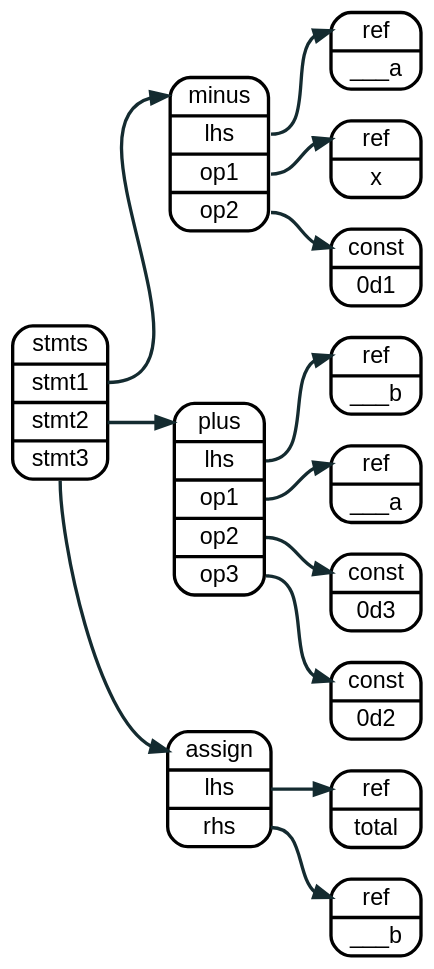
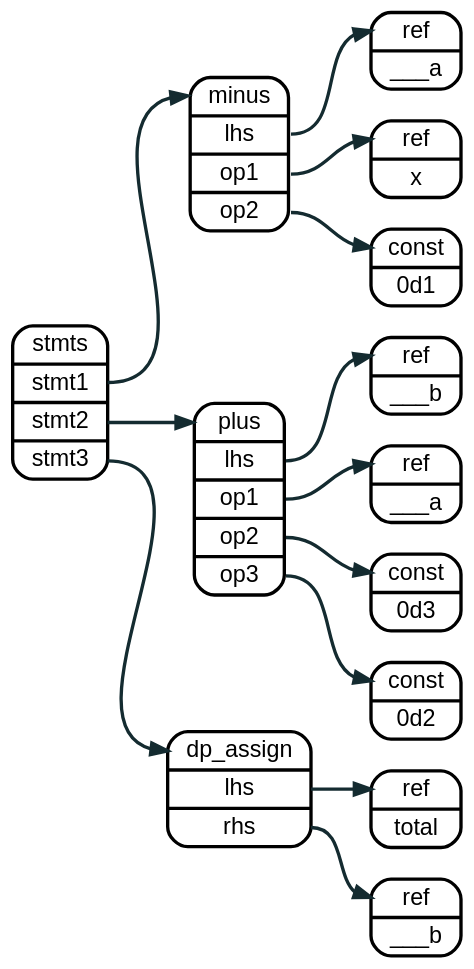
Before and after one commit to sakshi15108/lnast-doc: the diagram in source/graphviz/assign_simple_expression.dot, drawn with Graphviz. The commit also changed 3 other files, not shown here.

```diff
--- a/source/graphviz/assign_simple_expression.dot
+++ b/source/graphviz/assign_simple_expression.dot
@@ -1,42 +1,42 @@
 digraph assign {
   rankdir=LR
   bgcolor="transparent"
 
   node  [fontname = "helvetica", shape=record, style="rounded", penwidth = 2];
   edge  [fontname = "helvetica", color="#142b30", arrowhead="normal", penwidth = 2];
   graph [fontname = "helvetica"];
 
 
   nodea0 [label = "<a> minus | <l> lhs  | <r1> op1 | <r2> op2 "];
   nodea1 [label = "<a> ref   | <l> ___a"];
   nodea2 [label = "<a> ref   | <l> x"];
   nodea3 [label = "<a> const | <l> 0d1"];
 
   nodeb0 [label = "<a> plus | <l> lhs  | <r1> op1 | <r2> op2 | <r3> op3 "];
   nodeb1 [label = "<a> ref   | <l> ___b"];
   nodeb2 [label = "<a> ref   | <l> ___a"];
   nodeb3 [label = "<a> const | <l> 0d3"];
   nodeb4 [label = "<a> const | <l> 0d2"];
 
-  node5 [label = "<a> assign | <l> lhs  | <r> rhs"];
+  node5 [label = "<a> dp_assign | <l> lhs  | <r> rhs"];
   node6 [label = "<a> ref   | <l> total"];
   node7 [label = "<a> ref   | <l> ___b"];
 
   node8 [label = "<a> stmts | <s1> stmt1 | <s2> stmt2 | <s3> stmt3"];
 
   node8:s1 -> nodea0:a;
   node8:s2 -> nodeb0:a;
   node8:s3 -> node5:a;
 
   nodea0:l -> nodea1:a;
   nodea0:r1 -> nodea2:a;
   nodea0:r2 -> nodea3:a;
 
   nodeb0:l -> nodeb1:a;
   nodeb0:r1 -> nodeb2:a;
   nodeb0:r2 -> nodeb3:a;
   nodeb0:r3 -> nodeb4:a;
 
   node5:l -> node6:a;
   node5:r -> node7:a;
 }
```
